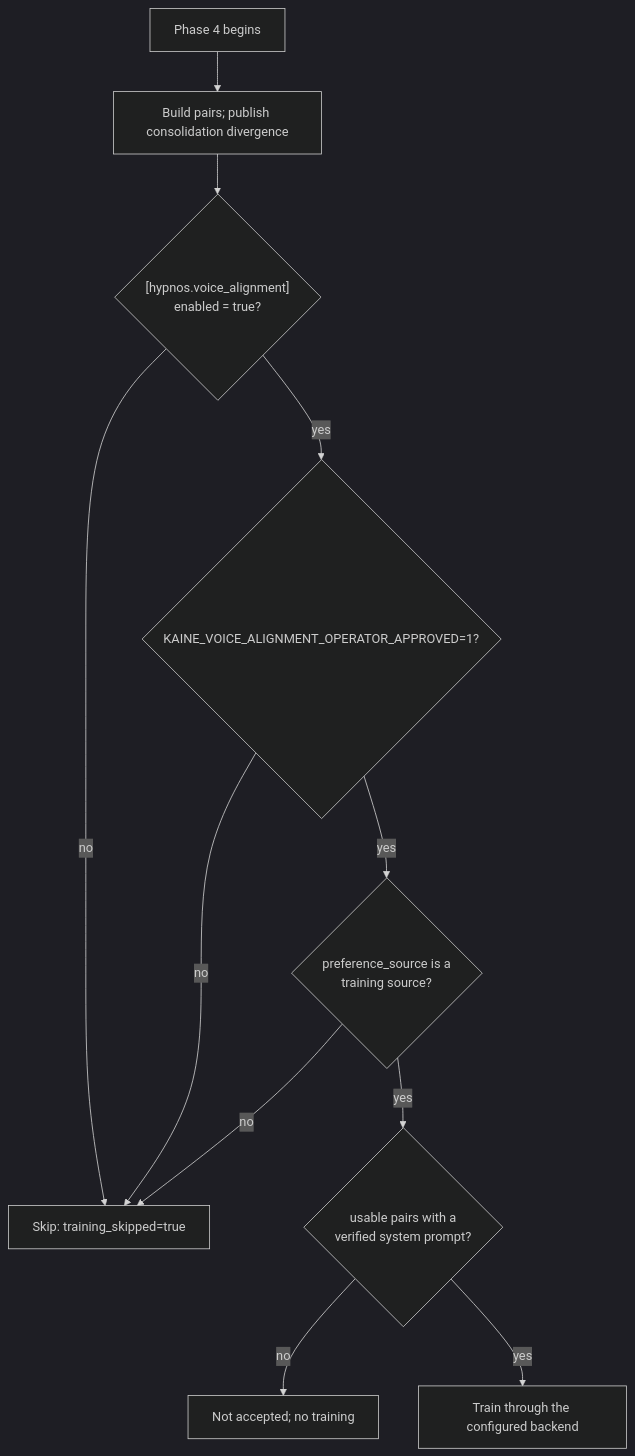
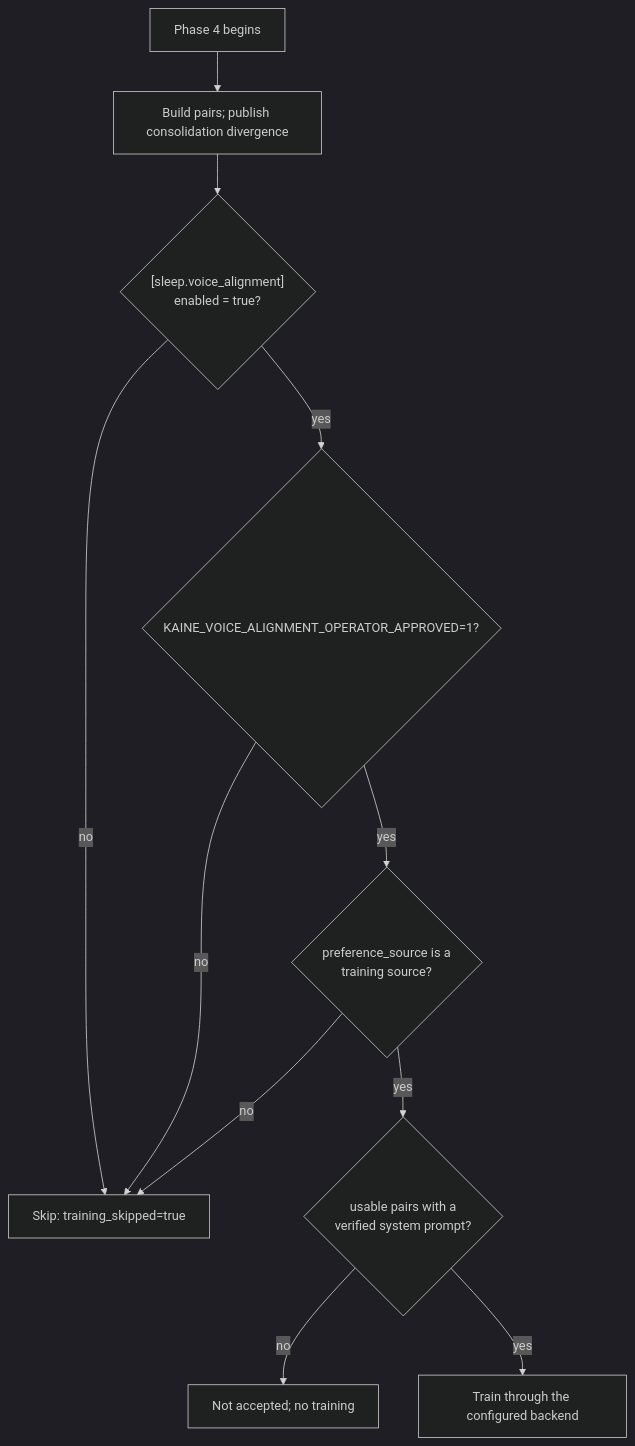
The first of 2 diagrams in docs/10-sleep/voice-alignment.md (kaineone/kaine), drawn with Mermaid (dark theme) before and after one commit. The commit also changed other lines of this file and 967 other files, not shown here.

````diff
--- a/docs/10-sleep/voice-alignment.md
+++ b/docs/10-sleep/voice-alignment.md
@@ -22,13 +22,13 @@
 ```mermaid
 flowchart TD
     A[Phase 4 begins] --> M[Build pairs; publish consolidation divergence]
-    M --> B{"[hypnos.voice_alignment]\nenabled = true?"}
+    M --> B{"[sleep.voice_alignment]\nenabled = true?"}
     B -- no --> C["Skip: training_skipped=true"]
     B -- yes --> D{"KAINE_VOICE_ALIGNMENT_OPERATOR_APPROVED=1?"}
     D -- no --> C
     D -- yes --> P{"preference_source is a\ntraining source?"}
     P -- no --> C
     P -- yes --> Q{"usable pairs with a\nverified system prompt?"}
     Q -- no --> N["Not accepted; no training"]
     Q -- yes --> G[Train through the configured backend]
 ```
````
